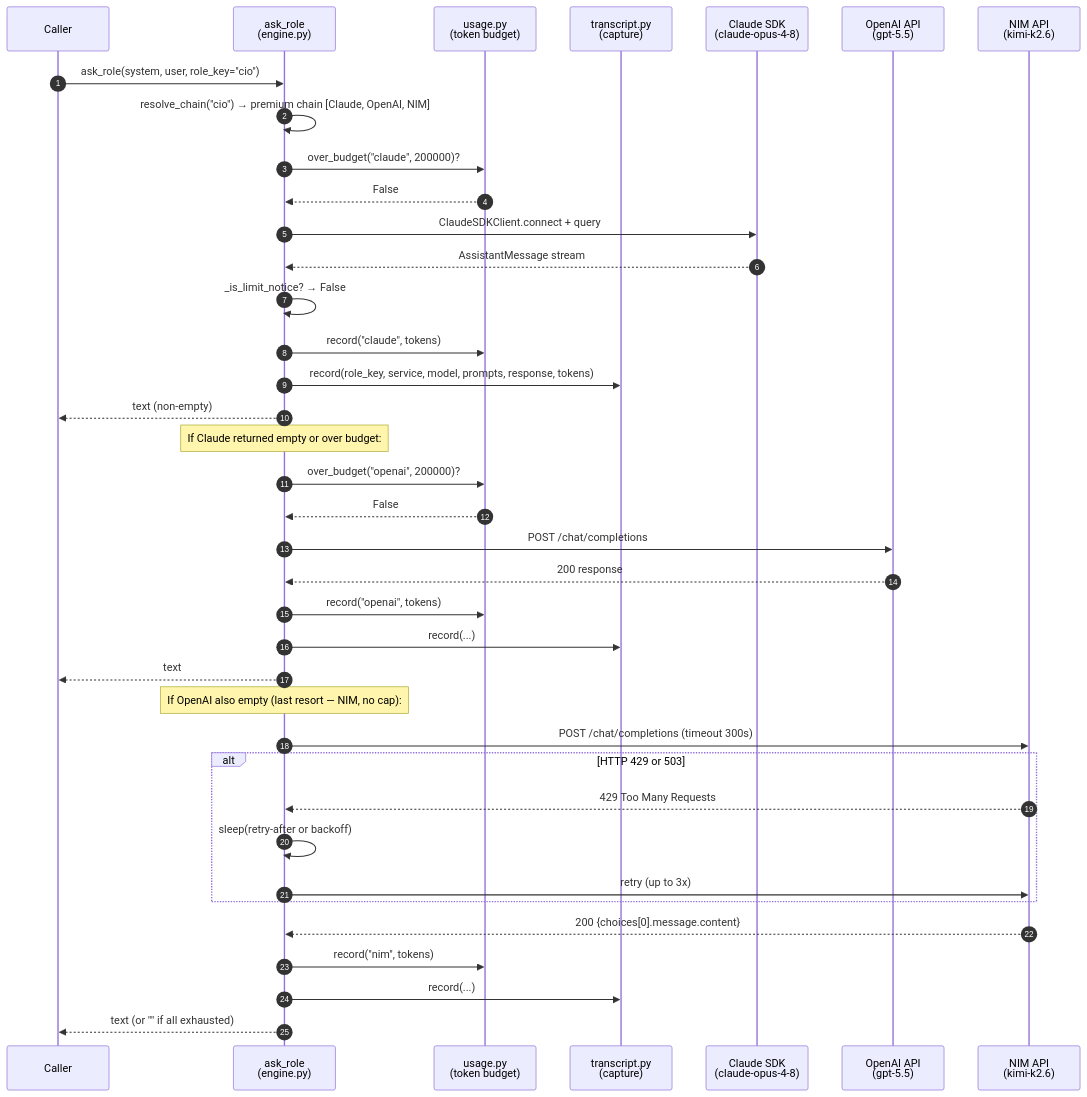
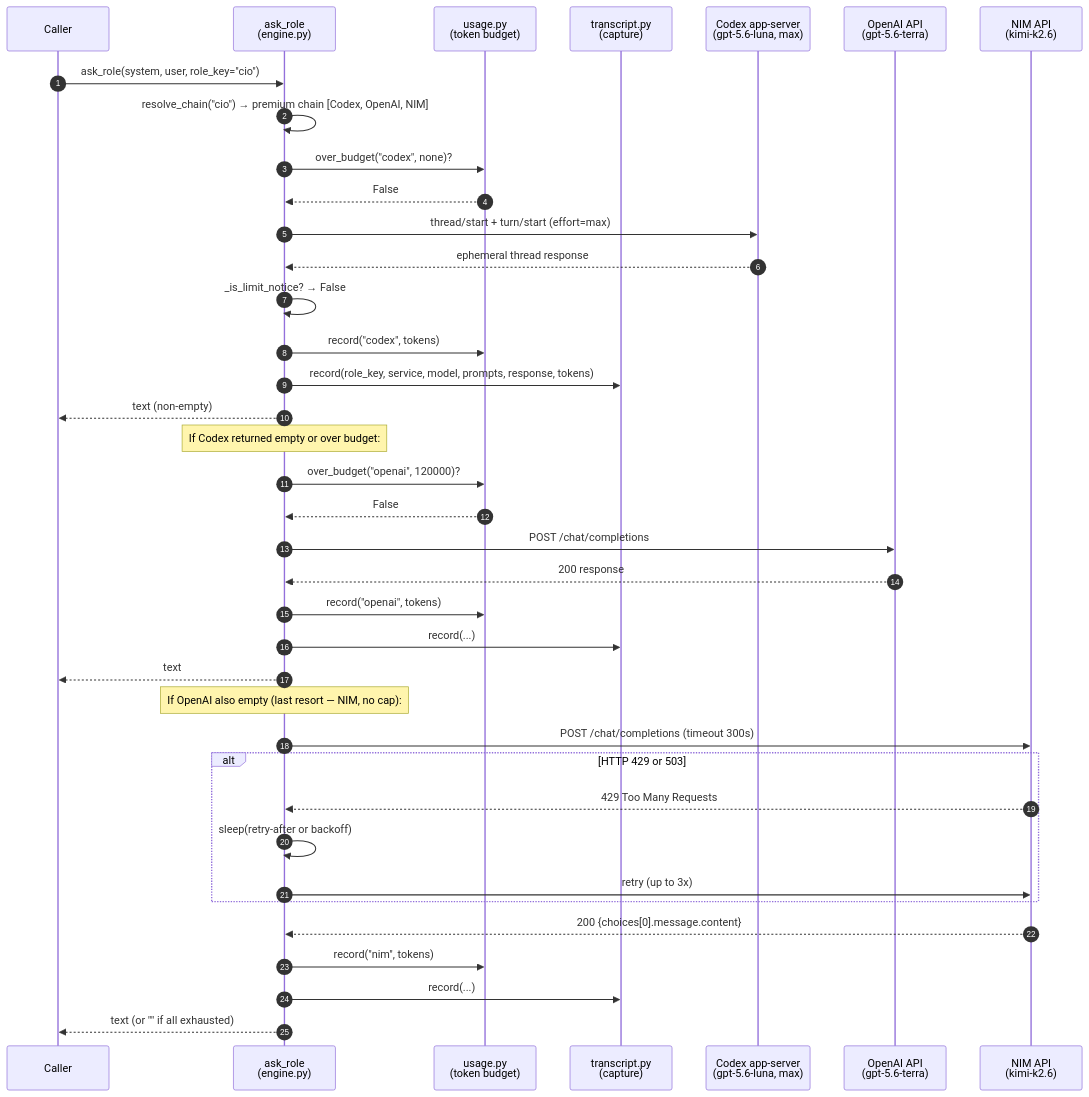
Before and after one commit to cloudaipro/CIOAgent: the third of 3 diagrams in docs/committee-wma-sequence-diagram.md, drawn with Mermaid. The commit also changed other lines of this file and 25 other files, not shown here.

````diff
--- a/docs/committee-wma-sequence-diagram.md
+++ b/docs/committee-wma-sequence-diagram.md
@@ -229,47 +229,47 @@
 ```mermaid
 sequenceDiagram
     autonumber
     participant CALLER as Caller
     participant AR as ask_role<br/>(engine.py)
     participant USAGE as usage.py<br/>(token budget)
     participant TRANS as transcript.py<br/>(capture)
-    participant CLAUDE as Claude SDK<br/>(claude-opus-4-8)
-    participant OPENAI as OpenAI API<br/>(gpt-5.5)
+    participant CODEX as Codex app-server<br/>(gpt-5.6-luna, max)
+    participant OPENAI as OpenAI API<br/>(gpt-5.6-terra)
     participant NIM as NIM API<br/>(kimi-k2.6)
 
     CALLER->>AR: ask_role(system, user, role_key="cio")
-    AR->>AR: resolve_chain("cio") → premium chain [Claude, OpenAI, NIM]
-    AR->>USAGE: over_budget("claude", 200000)?
+    AR->>AR: resolve_chain("cio") → premium chain [Codex, OpenAI, NIM]
+    AR->>USAGE: over_budget("codex", none)?
     USAGE-->>AR: False
 
-    AR->>CLAUDE: ClaudeSDKClient.connect + query
-    CLAUDE-->>AR: AssistantMessage stream
+    AR->>CODEX: thread/start + turn/start (effort=max)
+    CODEX-->>AR: ephemeral thread response
     AR->>AR: _is_limit_notice? → False
 
-    AR->>USAGE: record("claude", tokens)
+    AR->>USAGE: record("codex", tokens)
     AR->>TRANS: record(role_key, service, model, prompts, response, tokens)
     AR-->>CALLER: text (non-empty)
 
-    note over AR: If Claude returned empty or over budget:
+    note over AR: If Codex returned empty or over budget:
 
-    AR->>USAGE: over_budget("openai", 200000)?
+    AR->>USAGE: over_budget("openai", 120000)?
     USAGE-->>AR: False
     AR->>OPENAI: POST /chat/completions
     OPENAI-->>AR: 200 response
     AR->>USAGE: record("openai", tokens)
     AR->>TRANS: record(...)
     AR-->>CALLER: text
 
     note over AR: If OpenAI also empty (last resort — NIM, no cap):
 
     AR->>NIM: POST /chat/completions (timeout 300s)
     alt HTTP 429 or 503
         NIM-->>AR: 429 Too Many Requests
         AR->>AR: sleep(retry-after or backoff)
         AR->>NIM: retry (up to 3x)
     end
     NIM-->>AR: 200 {choices[0].message.content}
     AR->>USAGE: record("nim", tokens)
     AR->>TRANS: record(...)
     AR-->>CALLER: text  (or "" if all exhausted)
 ```
````
